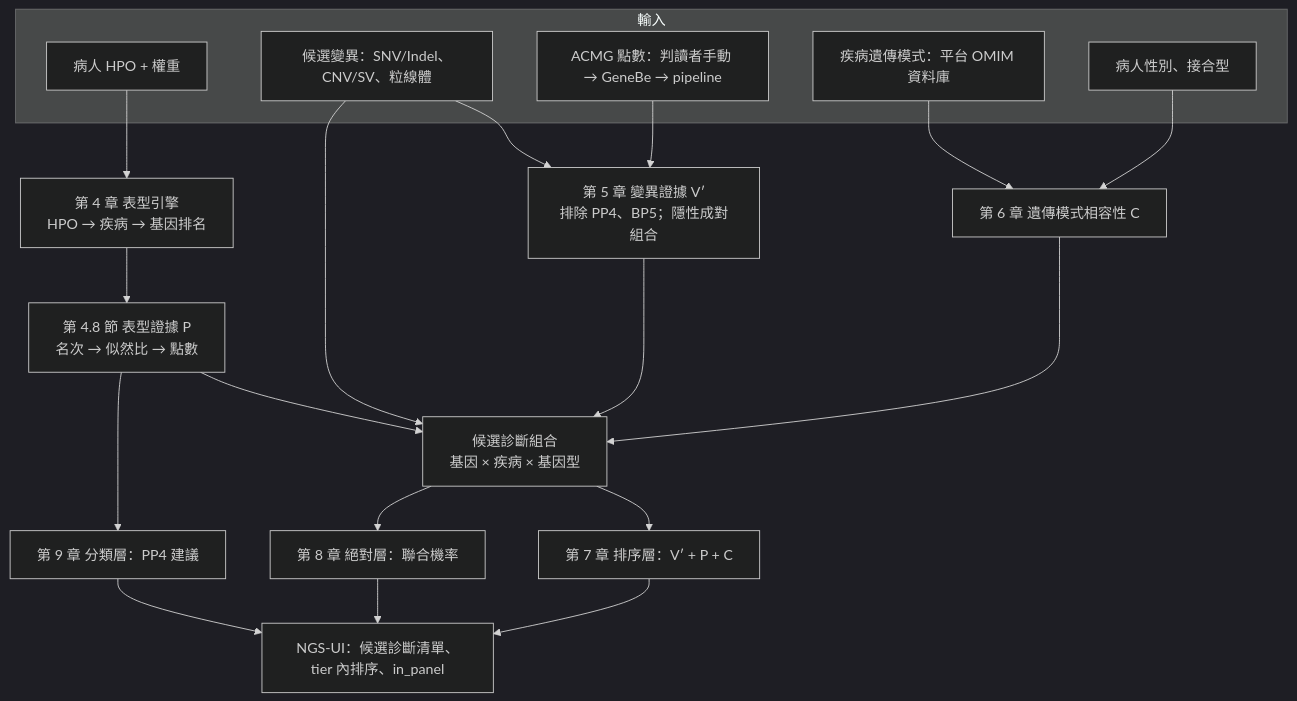
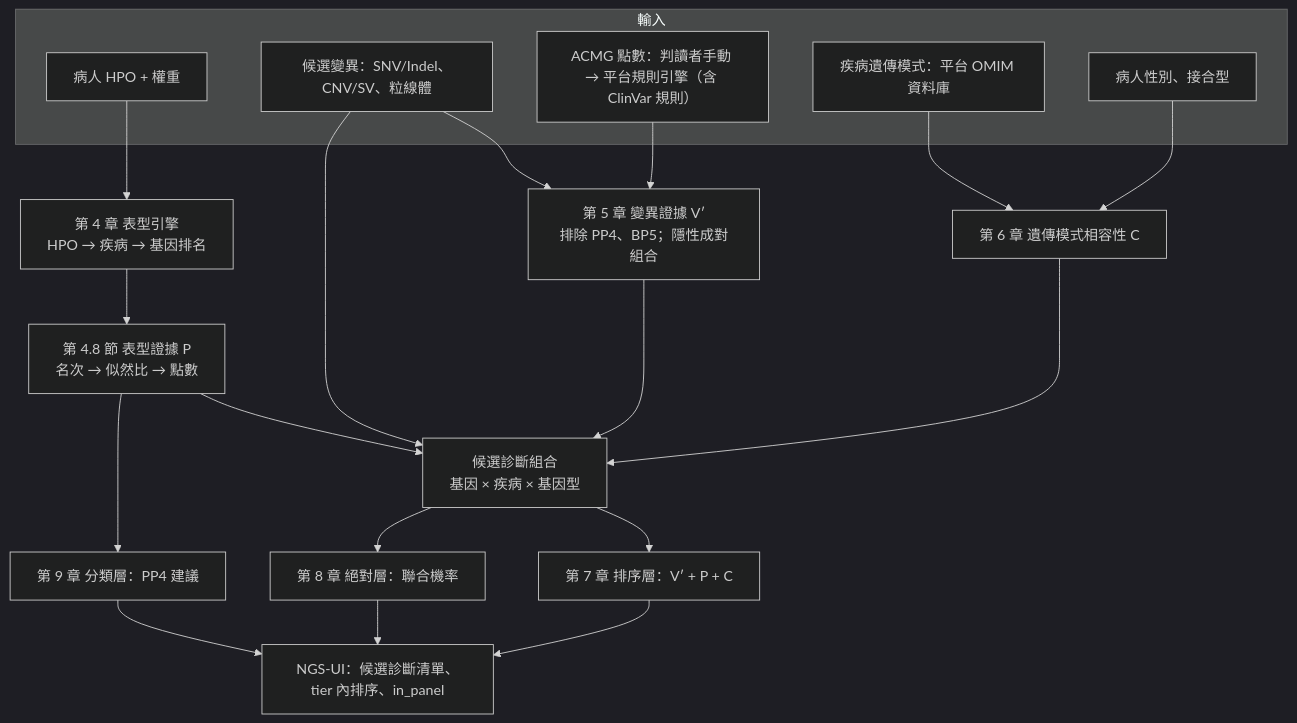
One commit to puddingyd/NGS-UI changed the second of 3 diagrams in docs/research/NGS_Integrated_Prioritization_Plan_v3.md. Above: the diagram before and after it, drawn with Mermaid (dark theme). The commit also changed other lines of this file and 2 other files, not shown here.

First line of the commit message:
Plan v3: add platform ACMG variant rule engine (section 5.2) and derive recessive single-het penalty

````diff
--- a/docs/research/NGS_Integrated_Prioritization_Plan_v3.md
+++ b/docs/research/NGS_Integrated_Prioritization_Plan_v3.md
@@ -317,26 +319,26 @@
 ```mermaid
 flowchart TD
     subgraph IN["輸入"]
         H[病人 HPO + 權重]
         VAR[候選變異：SNV/Indel、CNV/SV、粒線體]
-        ACMG[ACMG 點數：判讀者手動 → GeneBe → pipeline]
+        ACMG[ACMG 點數：判讀者手動 → 平台規則引擎（含 ClinVar 規則）]
         INH[疾病遺傳模式：平台 OMIM 資料庫]
         SEX[病人性別、接合型]
     end
     H --> PE[第 4 章 表型引擎<br/>HPO → 疾病 → 基因排名]
     PE --> PL[第 4.8 節 表型證據 P<br/>名次 → 似然比 → 點數]
     ACMG --> VM[第 5 章 變異證據 V′<br/>排除 PP4、BP5；隱性成對組合]
     VAR --> VM
     VAR --> CA
     INH --> CM[第 6 章 遺傳模式相容性 C]
     SEX --> CM
     PL --> CA[候選診斷組合<br/>基因 × 疾病 × 基因型]
     VM --> CA
     CM --> CA
     CA --> R1[第 7 章 排序層：V′ + P + C]
     CA --> R2[第 8 章 絕對層：聯合機率]
     PL --> R3[第 9 章 分類層：PP4 建議]
     R1 --> UI[NGS-UI：候選診斷清單、tier 內排序、in_panel]
     R2 --> UI
     R3 --> UI
 ```
````
